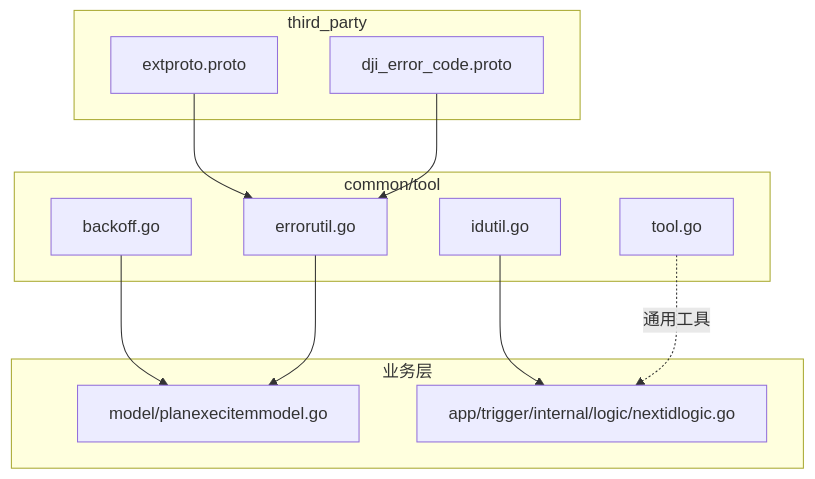
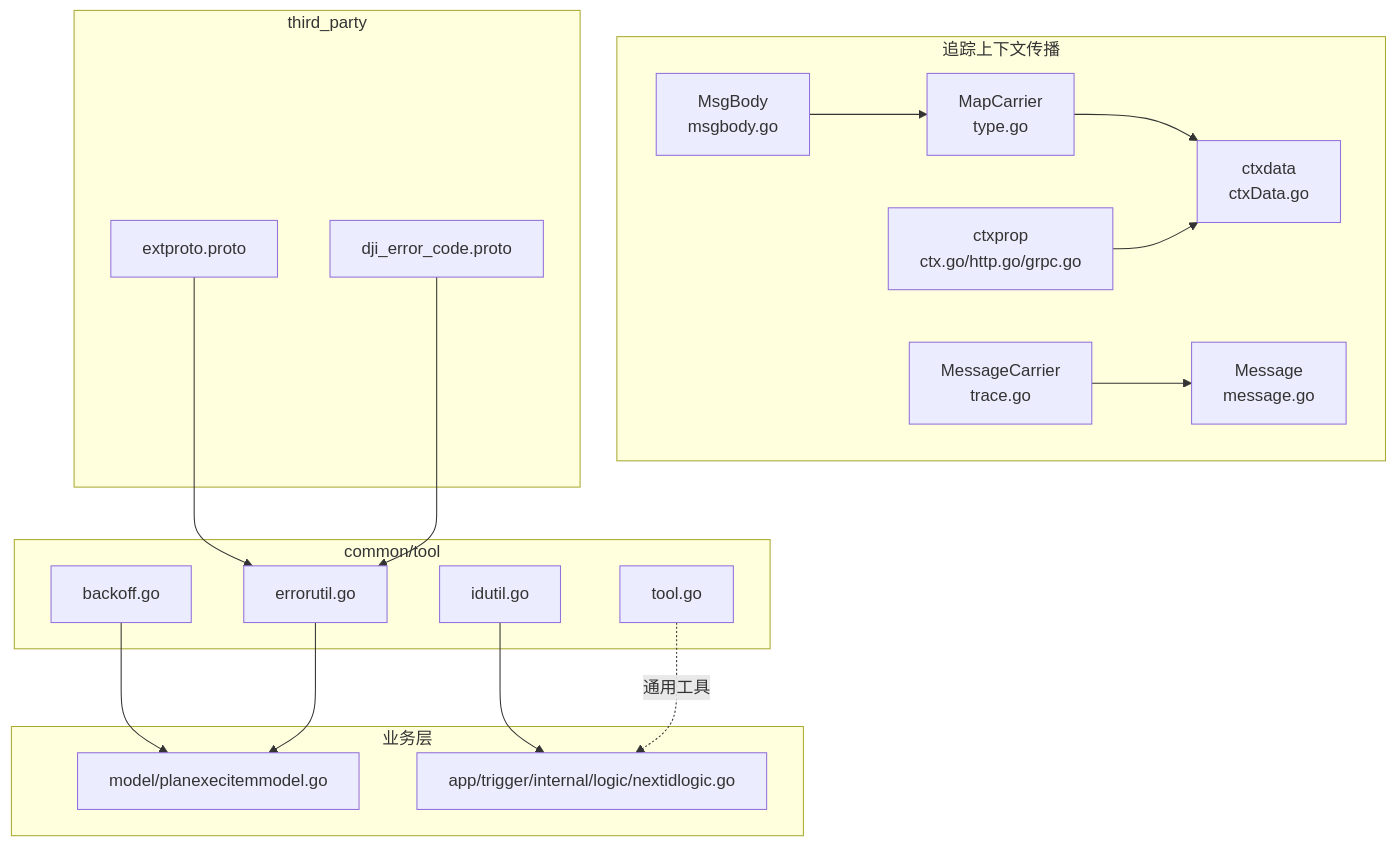
One commit to maomao94/zero-service changed the first of 8 diagrams in .qoder/repowiki/zh/content/公共组件库/工具组件/辅助工具.md. Above: the diagram before and after it, drawn with Mermaid. The commit also changed other lines of this file and 25 other files, not shown here.

````diff
--- a/.qoder/repowiki/zh/content/公共组件库/工具组件/辅助工具.md
+++ b/.qoder/repowiki/zh/content/公共组件库/工具组件/辅助工具.md
@@ -45,23 +70,35 @@
 ```mermaid
 graph TB
 subgraph "common/tool"
 BO["backoff.go"]
 EU["errorutil.go"]
 IU["idutil.go"]
 TG["tool.go"]
+end
+subgraph "追踪上下文传播"
+MC["MapCarrier<br/>type.go"]
+MSGC["MessageCarrier<br/>trace.go"]
+MSG["Message<br/>message.go"]
+MB["MsgBody<br/>msgbody.go"]
+CTX["ctxprop<br/>ctx.go/http.go/grpc.go"]
+CTXD["ctxdata<br/>ctxData.go"]
 end
 subgraph "third_party"
 EP["extproto.proto"]
 DJI["dji_error_code.proto"]
 end
 subgraph "业务层"
 PM["model/planexecitemmodel.go"]
 NL["app/trigger/internal/logic/nextidlogic.go"]
 end
 BO --> PM
 EU --> PM
 IU --> NL
+MC --> CTXD
+MSGC --> MSG
+MB --> MC
+CTX --> CTXD
 EP --> EU
 DJI --> EU
 TG -. 通用工具 .-> NL
 ```
````
